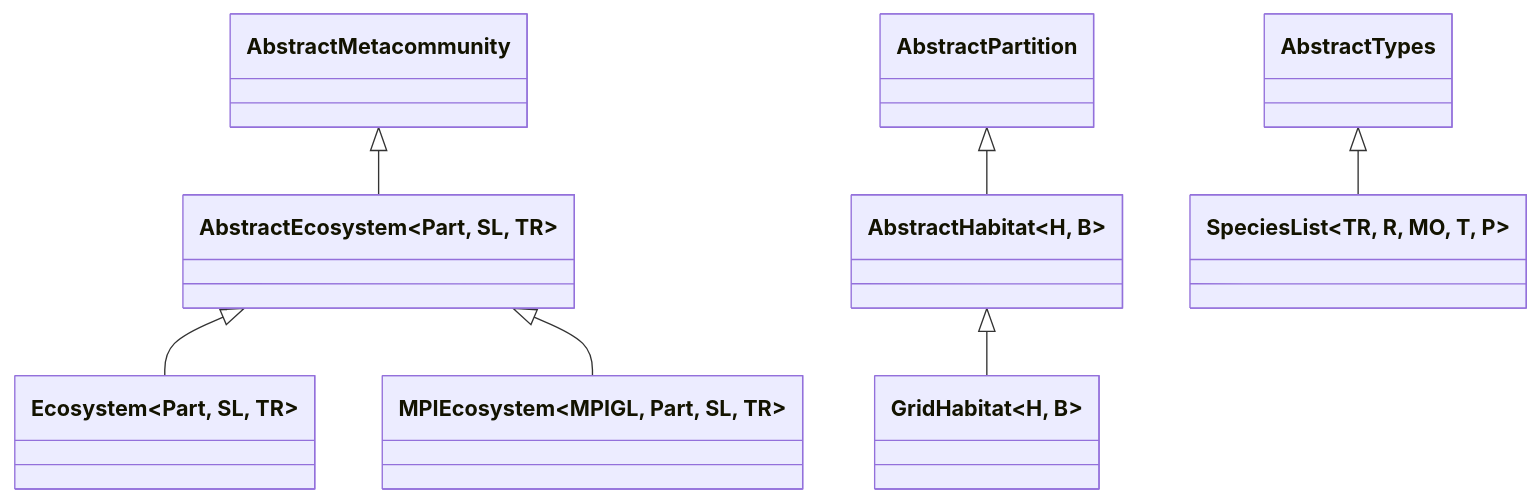
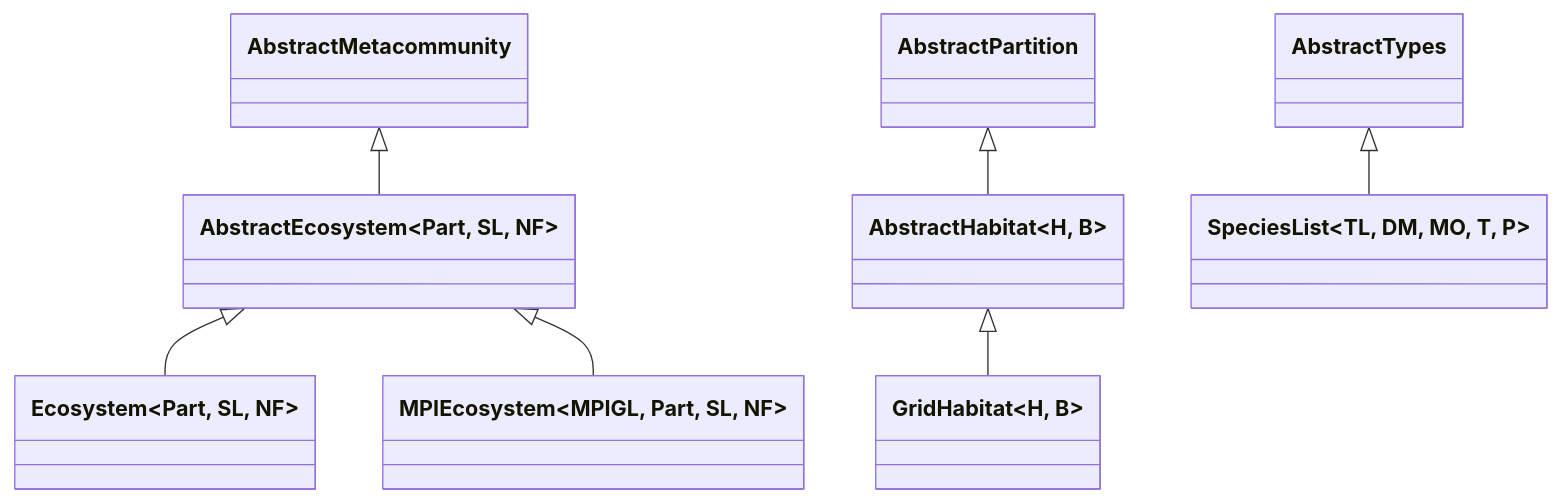
Before and after one commit to EcoJulia/EcoSISTEM.jl: the second of 11 diagrams in docs/architecture.md, drawn with Mermaid. The commit also changed other lines of this file and 18 other files, not shown here.

````diff
--- a/docs/architecture.md
+++ b/docs/architecture.md
@@ -51,15 +51,15 @@
 ```mermaid
 classDiagram
-    class AbstractEcosystem~Part, SL, TR~
-    class Ecosystem~Part, SL, TR~
-    class MPIEcosystem~MPIGL, Part, SL, TR~
+    class AbstractEcosystem~Part, SL, NF~
+    class Ecosystem~Part, SL, NF~
+    class MPIEcosystem~MPIGL, Part, SL, NF~
     class AbstractHabitat~H, B~
     class GridHabitat~H, B~
-    class SpeciesList~TR, R, MO, T, P~
+    class SpeciesList~TL, DM, MO, T, P~
     AbstractMetacommunity <|-- AbstractEcosystem
     AbstractEcosystem <|-- Ecosystem
     AbstractEcosystem <|-- MPIEcosystem
     AbstractPartition <|-- AbstractHabitat
     AbstractHabitat   <|-- GridHabitat
     AbstractTypes <|-- SpeciesList
 ```
````
